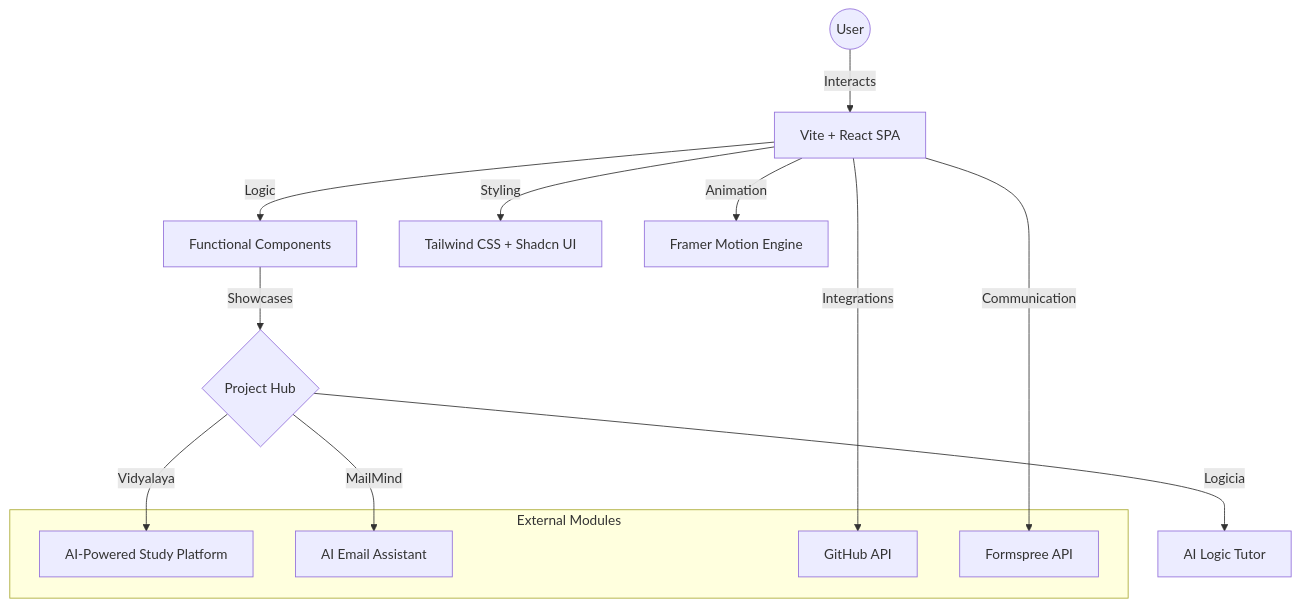
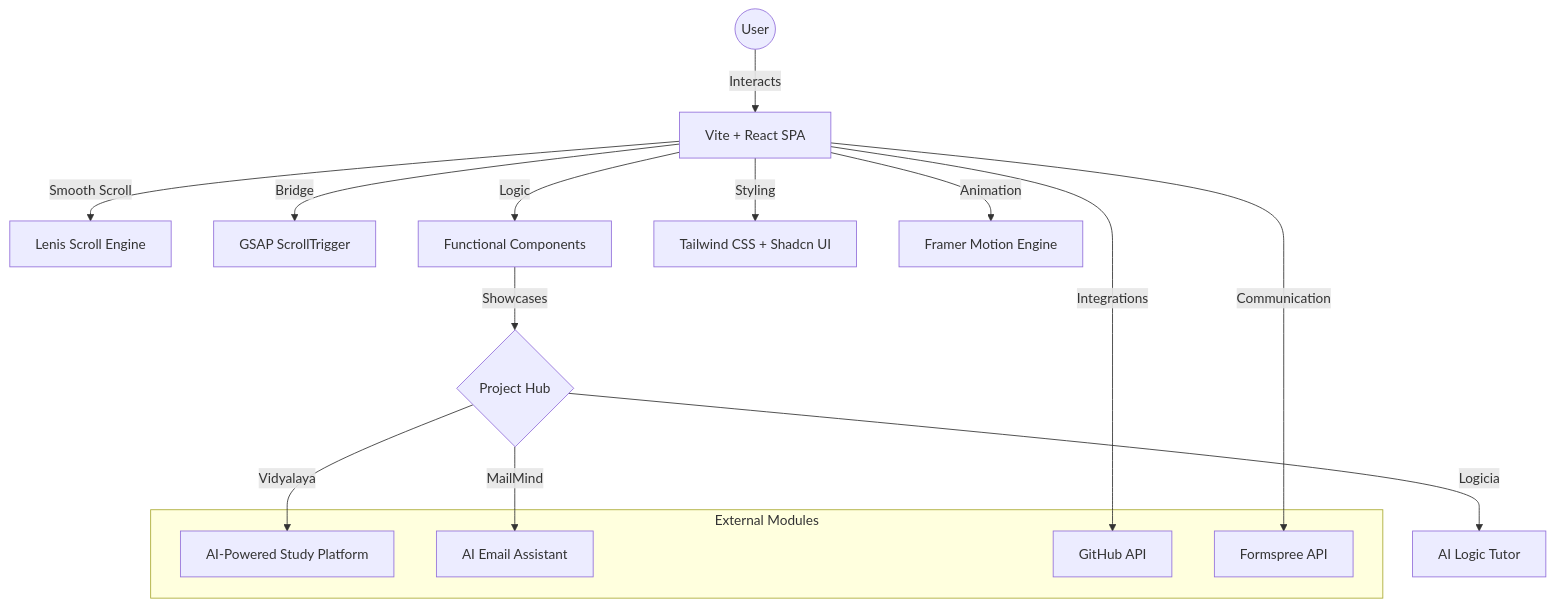
The second of 3 diagrams in README.md (VARA4u-tech/Vara-s--Portfolio), drawn with Mermaid before and after one commit. The commit also changed other lines of this file, not shown here.

Commit message:
feat: enhance README with Halloween-themed interactive features and modular architecture

````diff
--- a/README.md
+++ b/README.md
@@ -39,22 +79,24 @@
 ```mermaid
 graph TD
     User((User)) -->|Interacts| Frontend[Vite + React SPA]
+    Frontend -->|Smooth Scroll| Lenis[Lenis Scroll Engine]
+    Frontend -->|Bridge| GSAP[GSAP ScrollTrigger]
     Frontend -->|Logic| Components[Functional Components]
     Frontend -->|Styling| Tailwind[Tailwind CSS + Shadcn UI]
     Frontend -->|Animation| Motion[Framer Motion Engine]
 
     Components -->|Showcases| ProjectHub{Project Hub}
     ProjectHub -->|Vidyalaya| AIStudy[AI-Powered Study Platform]
     ProjectHub -->|MailMind| AIEmail[AI Email Assistant]
     ProjectHub -->|Logicia| AITutor[AI Logic Tutor]
 
     Frontend -->|Integrations| GitHub[GitHub API]
     Frontend -->|Communication| Formspree[Formspree API]
 
     subgraph "External Modules"
         GitHub
         Formspree
         AIStudy
         AIEmail
     end
 ```
````
